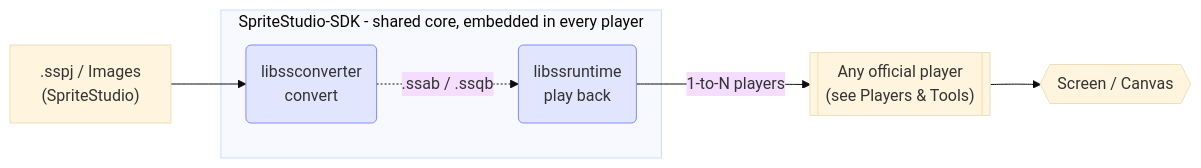
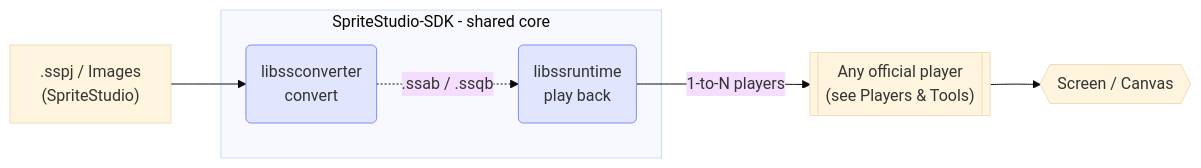
One commit to cri-middleware/SpriteStudio-Docs changed the diagram in docs/en/overview/ecosystem.md. Above: the diagram before and after it, drawn with Mermaid (base theme). The commit also changed other lines of this file and 11 other files, not shown here.

````diff
--- a/docs/en/overview/ecosystem.md
+++ b/docs/en/overview/ecosystem.md
@@ -7,19 +7,19 @@
 ```mermaid
 graph LR
     SS[" .sspj / Images<br/>(SpriteStudio) "]
 
-    subgraph SDK ["SpriteStudio-SDK - shared core, embedded in every player"]
+    subgraph SDK ["SpriteStudio-SDK - shared core"]
         CONV(" libssconverter<br/>convert ")
         RT(" libssruntime<br/>play back ")
     end
 
     PLAYER[[" Any official player<br/>(see Players &amp; Tools) "]]
     SCREEN{{" Screen / Canvas "}}
 
     SS --> CONV
     CONV -. ".ssab / .ssqb" .-> RT
     RT -- "1-to-N players" --> PLAYER --> SCREEN
 
     classDef sdk fill:#818cf82e,stroke:#818cf8;
     class CONV,RT sdk;
 ```
````
